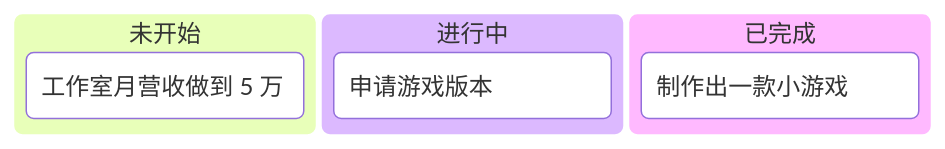
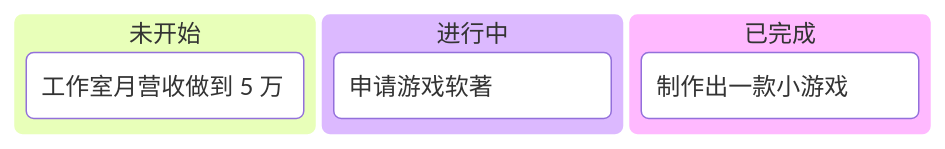
One commit to sedna-works/sedna-works.github.io changed the diagram in content/_index.md. Above: the diagram before and after it, drawn with Mermaid.

````diff
--- a/content/_index.md
+++ b/content/_index.md
@@ -13,9 +13,9 @@
 ```mermaid
 kanban
 未开始
     工作室月营收做到 5 万
 进行中
-    申请游戏版本
+    申请游戏软著
 已完成
     制作出一款小游戏
 ```
````
